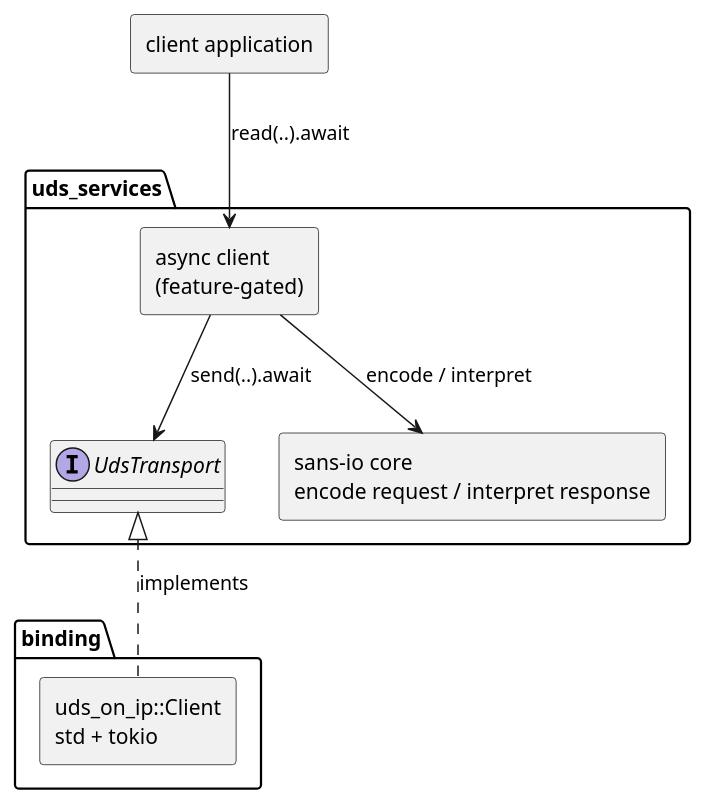
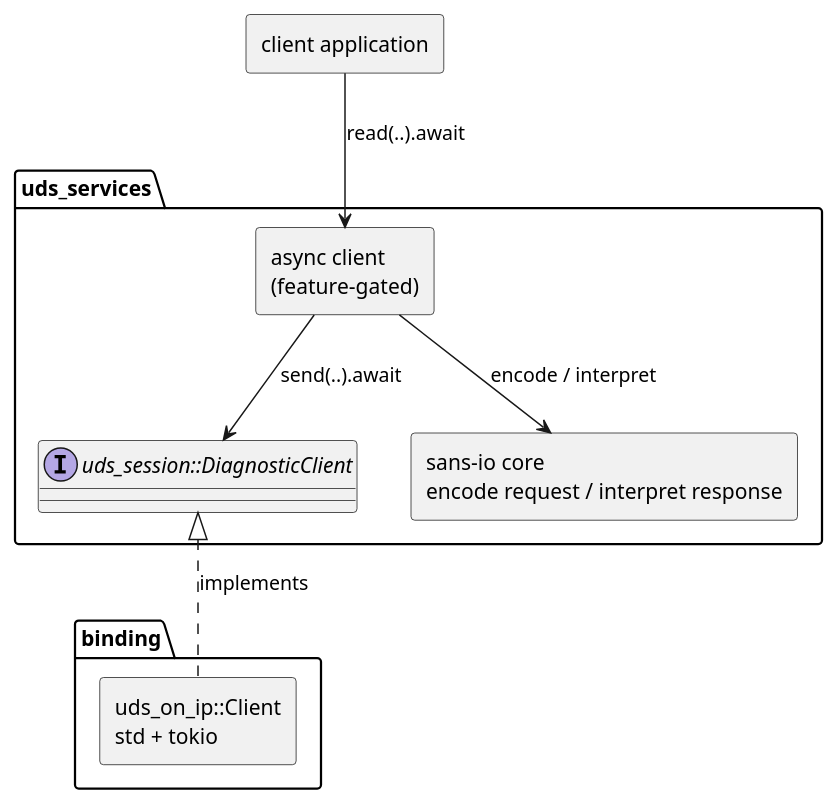
One commit to luminartech/uds_stack changed the second of 2 diagrams in crates/uds_services/docs/architecture/client-surface.rst. Above: the diagram before and after it, drawn with PlantUML. The commit also changed other lines of this file and 4 other files, not shown here.

```diff
--- a/crates/uds_services/docs/architecture/client-surface.rst
+++ b/crates/uds_services/docs/architecture/client-surface.rst
@@ -232,25 +241,25 @@
 .. uml::
    :align: center
    :caption: The two layers. Everything below the dashed line is asynchronous already;
              the core above it is not, and does not need to be.
 
    @startuml
    allowmixing
 
    rectangle "client application" as APP
 
    package "uds_services" {
      rectangle "async client\n(feature-gated)" as ASYNC
      rectangle "sans-io core\nencode request / interpret response" as CORE
-     interface "UdsTransport" as TR
+     interface "uds_session::DiagnosticClient" as TR
    }
 
    package "binding" {
      rectangle "uds_on_ip::Client\nstd + tokio" as BIND
    }
 
    APP -down-> ASYNC : read(..).await
    ASYNC -down-> CORE : encode / interpret
    ASYNC -down-> TR : send(..).await
    BIND .up.|> TR : implements
    @enduml
```
